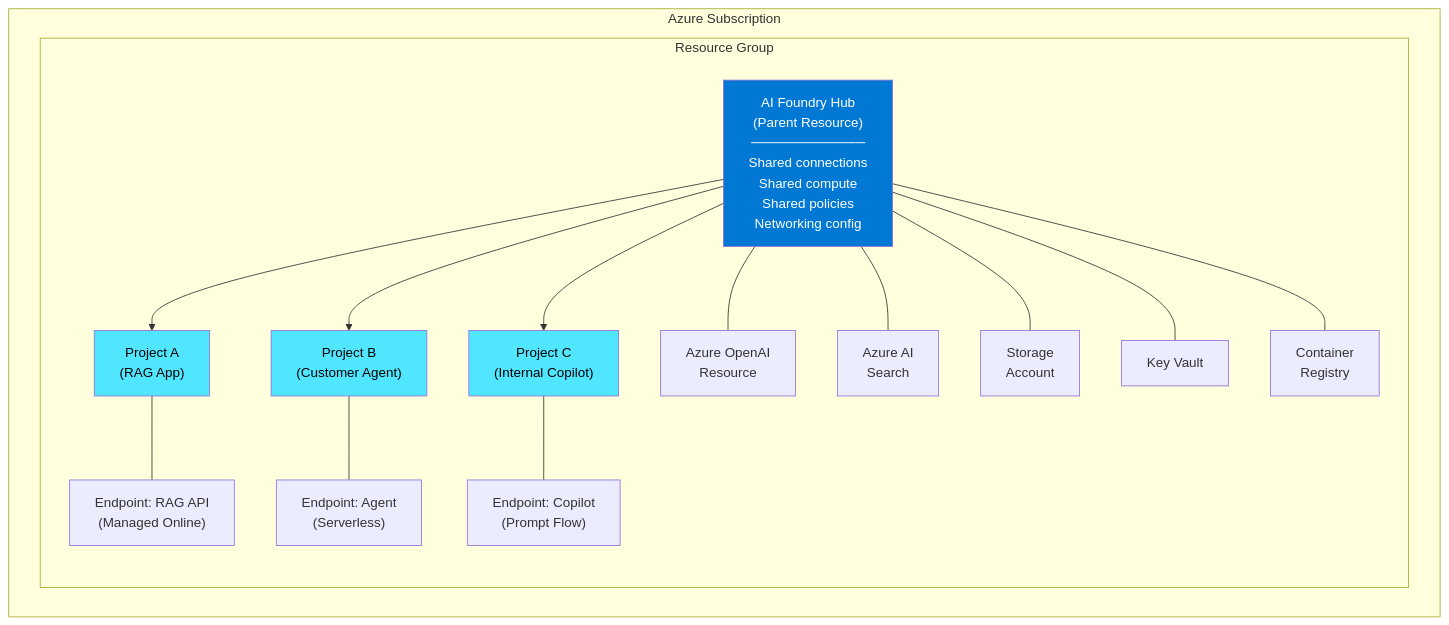
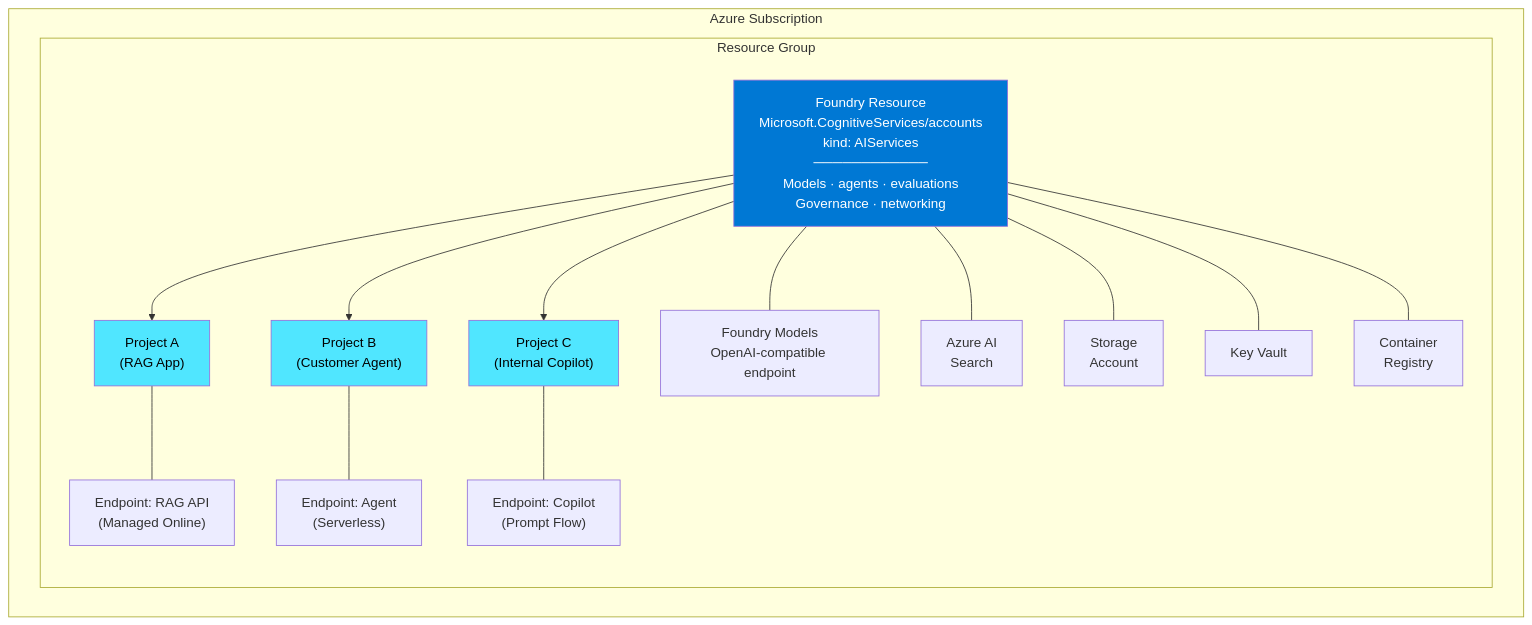
One commit to frootai/frootai changed the first of 7 diagrams in .factory/docs/learning/o4-azure-ai-foundry.mdx. Above: the diagram before and after it, drawn with Mermaid. The commit also changed other lines of this file and 42 other files, not shown here.

````diff
--- a/.factory/docs/learning/o4-azure-ai-foundry.mdx
+++ b/.factory/docs/learning/o4-azure-ai-foundry.mdx
@@ -56,27 +63,27 @@
 ```mermaid
 graph TD
     subgraph "Azure Subscription"
         subgraph "Resource Group"
-            HUB["AI Foundry Hub<br/>(Parent Resource)<br/>────────────<br/>Shared connections<br/>Shared compute<br/>Shared policies<br/>Networking config"]
+            HUB["Foundry Resource<br/>Microsoft.CognitiveServices/accounts<br/>kind: AIServices<br/>────────────<br/>Models · agents · evaluations<br/>Governance · networking"]
 
             HUB --> P1["Project A<br/>(RAG App)"]
             HUB --> P2["Project B<br/>(Customer Agent)"]
             HUB --> P3["Project C<br/>(Internal Copilot)"]
 
-            HUB --- AOAI["Azure OpenAI<br/>Resource"]
+            HUB --- AOAI["Foundry Models<br/>OpenAI-compatible endpoint"]
             HUB --- SEARCH["Azure AI<br/>Search"]
             HUB --- STORAGE["Storage<br/>Account"]
             HUB --- KV["Key Vault"]
             HUB --- ACR["Container<br/>Registry"]
 
             P1 --- EP1["Endpoint: RAG API<br/>(Managed Online)"]
             P2 --- EP2["Endpoint: Agent<br/>(Serverless)"]
             P3 --- EP3["Endpoint: Copilot<br/>(Prompt Flow)"]
         end
     end
 
     style HUB fill:#0078D4,color:#fff
     style P1 fill:#50E6FF,color:#000
     style P2 fill:#50E6FF,color:#000
     style P3 fill:#50E6FF,color:#000
 ```
````
